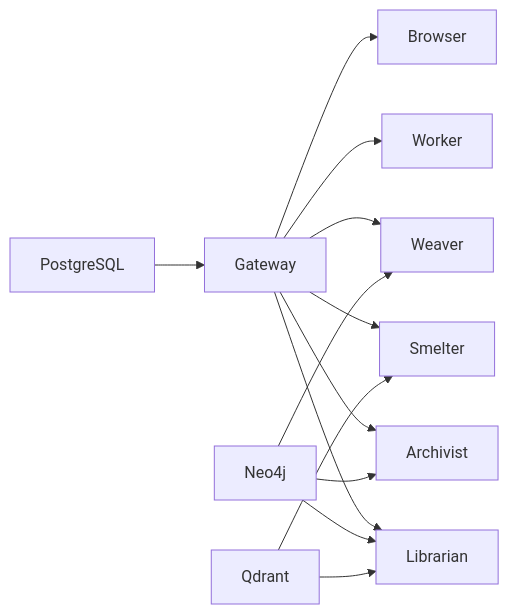
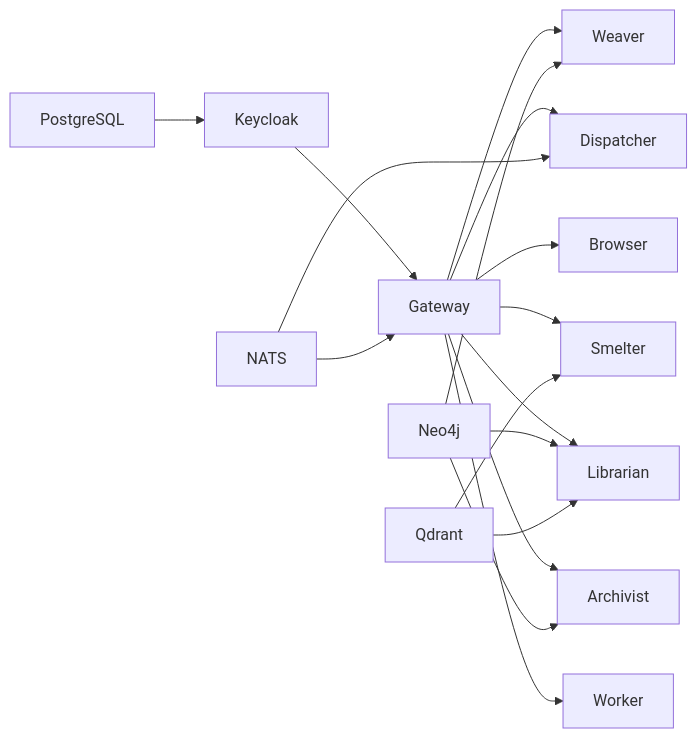
One commit to The-AI-Alliance/semiont changed the diagram in docs/system/services/OVERVIEW.md. Above: the diagram before and after it, drawn with Mermaid. The commit also changed other lines of this file and 21 other files, not shown here.

````diff
--- a/docs/system/services/OVERVIEW.md
+++ b/docs/system/services/OVERVIEW.md
@@ -167,15 +169,19 @@
 ```mermaid
 graph LR
-    DB[PostgreSQL] --> GW[Gateway]
+    DB[PostgreSQL] --> KC[Keycloak]
+    KC --> GW[Gateway]
+    NATS[NATS] --> GW
     GW --> AR[Archivist]
     GW --> LB[Librarian]
+    GW --> DP[Dispatcher]
+    NATS --> DP
     GW --> W[Worker]
     GW --> SM[Smelter]
     GW --> WV[Weaver]
     GW --> BR[Browser]
     GRAPH[Neo4j] --> AR
     GRAPH --> LB
     GRAPH --> WV
     VECTORS[Qdrant] --> LB
     VECTORS --> SM
 ```
````
